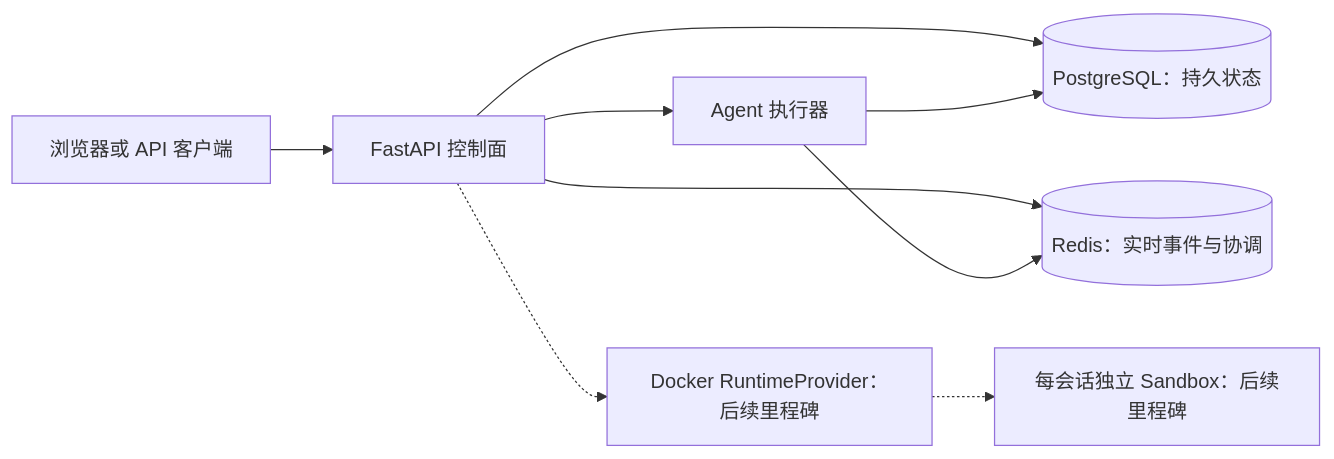
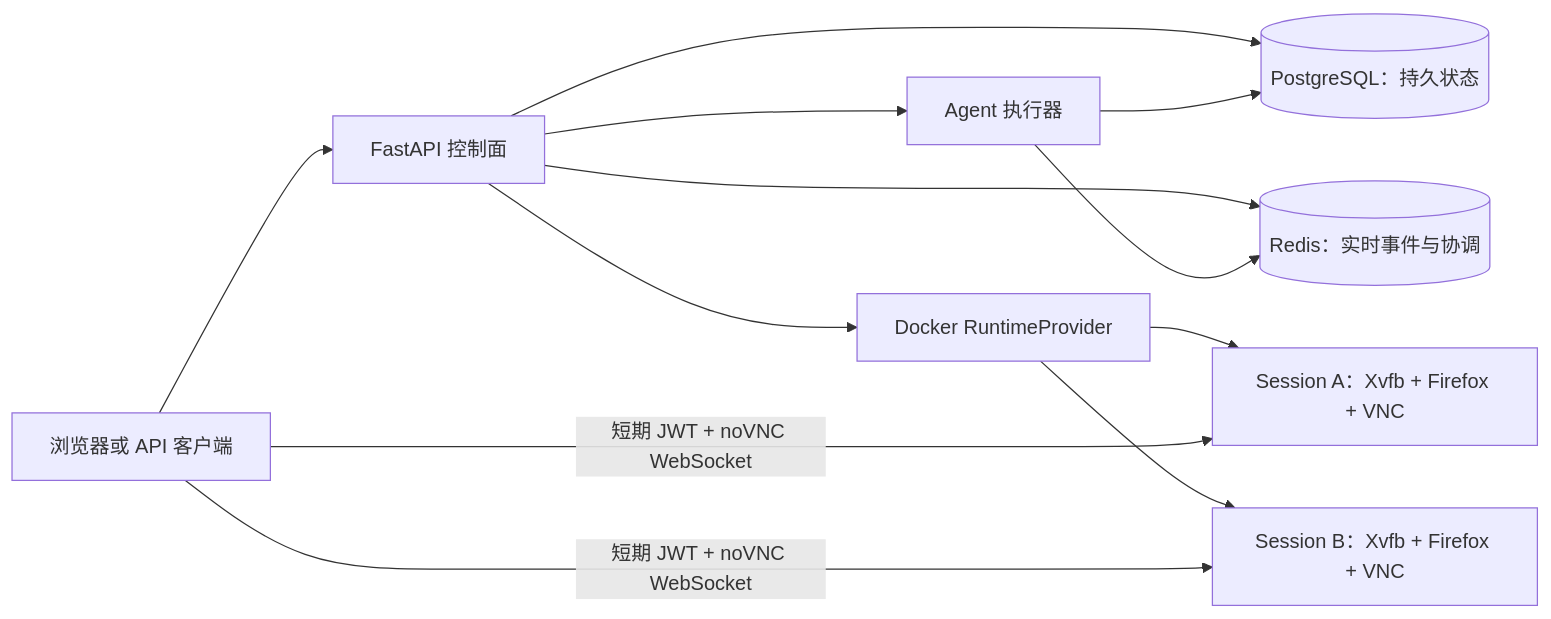
One commit to JaffarL/claude-computer-use-session-manager changed the first of 2 diagrams in docs/architecture.md. Above: the diagram before and after it, drawn with Mermaid. The commit also changed other lines of this file and 3 other files, not shown here.

Commit message:
test(runtime): cover concurrency recovery and VNC isolation

````diff
--- a/docs/architecture.md
+++ b/docs/architecture.md
@@ -9,11 +9,14 @@
 ```mermaid
 flowchart LR
     C["浏览器或 API 客户端"] --> A["FastAPI 控制面"]
     A --> P[("PostgreSQL：持久状态")]
     A --> R[("Redis：实时事件与协调")]
     A --> E["Agent 执行器"]
     E --> P
     E --> R
-    A -.-> D["Docker RuntimeProvider：后续里程碑"]
-    D -.-> S["每会话独立 Sandbox：后续里程碑"]
+    A --> D["Docker RuntimeProvider"]
+    D --> S1["Session A：Xvfb + Firefox + VNC"]
+    D --> S2["Session B：Xvfb + Firefox + VNC"]
+    C -->|"短期 JWT + noVNC WebSocket"| S1
+    C -->|"短期 JWT + noVNC WebSocket"| S2
 ```
````
